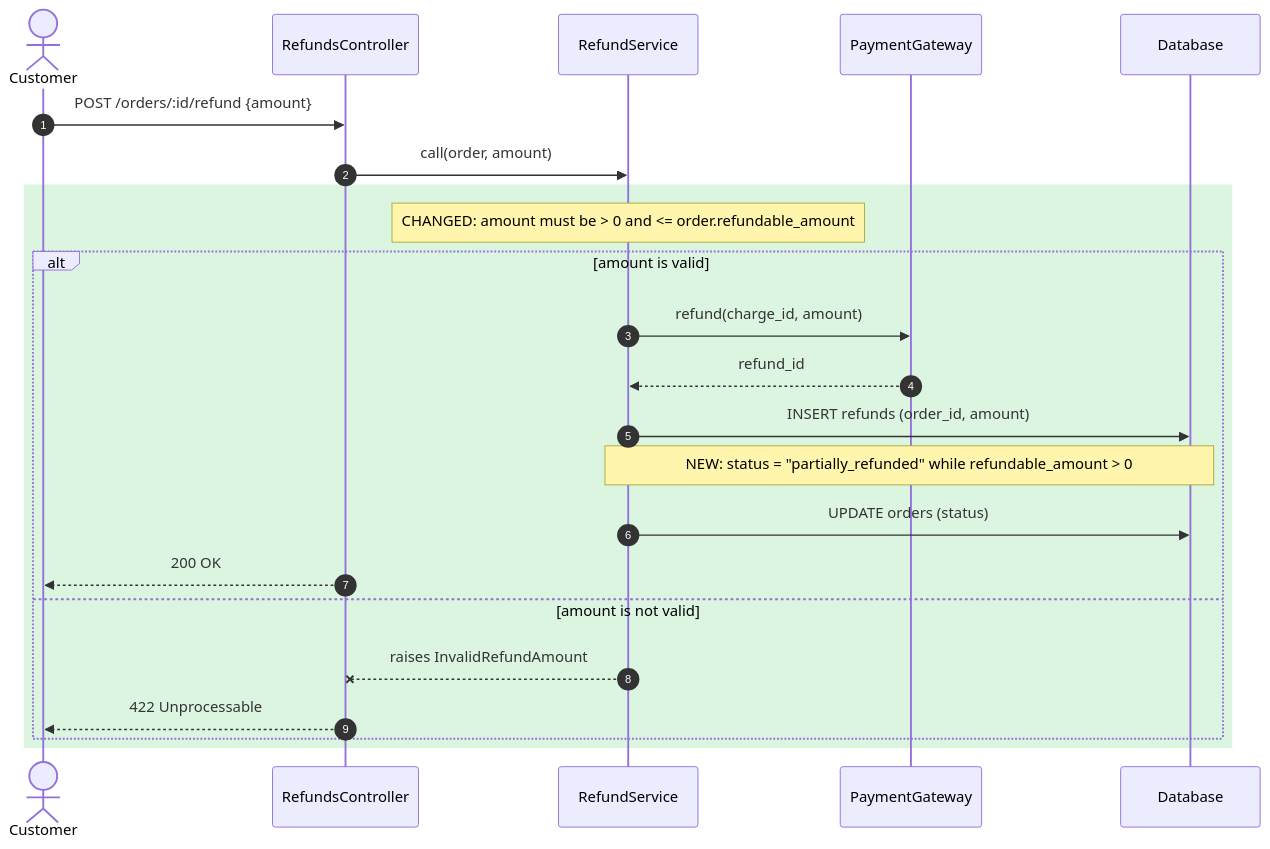
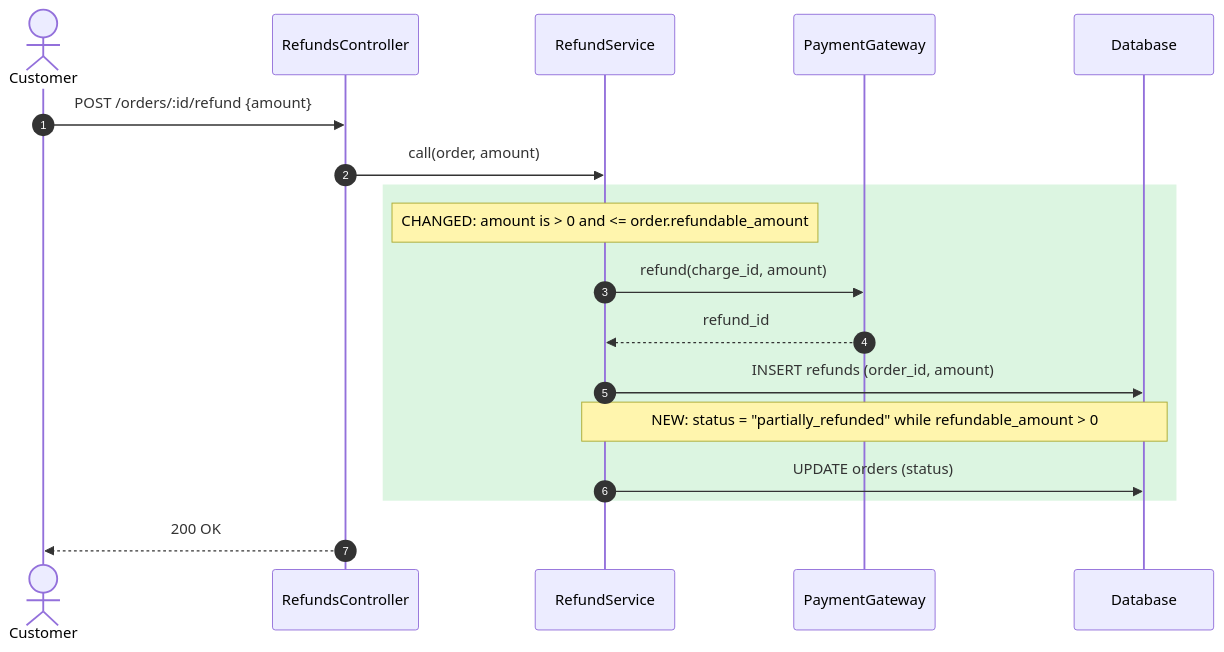
The second of 4 diagrams in skills/walkthroughs/flow-diff/references/diagrams.md (andrewhenriquef/personal-claude-plugin), drawn with Mermaid before and after one commit. The commit also changed other lines of this file and 5 other files, not shown here.

First line of the commit message:
Draw one diagram per scenario in flow-as-is and flow-diff

````diff
--- a/skills/walkthroughs/flow-diff/references/diagrams.md
+++ b/skills/walkthroughs/flow-diff/references/diagrams.md
@@ -42,26 +45,21 @@
 ```mermaid
 sequenceDiagram
   autonumber
   actor U as Customer
   participant C as RefundsController
   participant S as RefundService
   participant G as PaymentGateway
   participant D as Database
 
   U->>C: POST /orders/:id/refund {amount}
   C->>S: call(order, amount)
   rect rgb(220, 245, 225)
-    Note over S: CHANGED: amount must be > 0 and <= order.refundable_amount
-    alt amount is valid
-      S->>G: refund(charge_id, amount)
-      G-->>S: refund_id
-      S->>D: INSERT refunds (order_id, amount)
-      Note over S,D: NEW: status = "partially_refunded" while refundable_amount > 0
-      S->>D: UPDATE orders (status)
-      C-->>U: 200 OK
-    else amount is not valid
-      S--xC: raises InvalidRefundAmount
-      C-->>U: 422 Unprocessable
-    end
+    Note over S: CHANGED: amount is > 0 and <= order.refundable_amount
+    S->>G: refund(charge_id, amount)
+    G-->>S: refund_id
+    S->>D: INSERT refunds (order_id, amount)
+    Note over S,D: NEW: status = "partially_refunded" while refundable_amount > 0
+    S->>D: UPDATE orders (status)
   end
+  C-->>U: 200 OK
 ```
````
